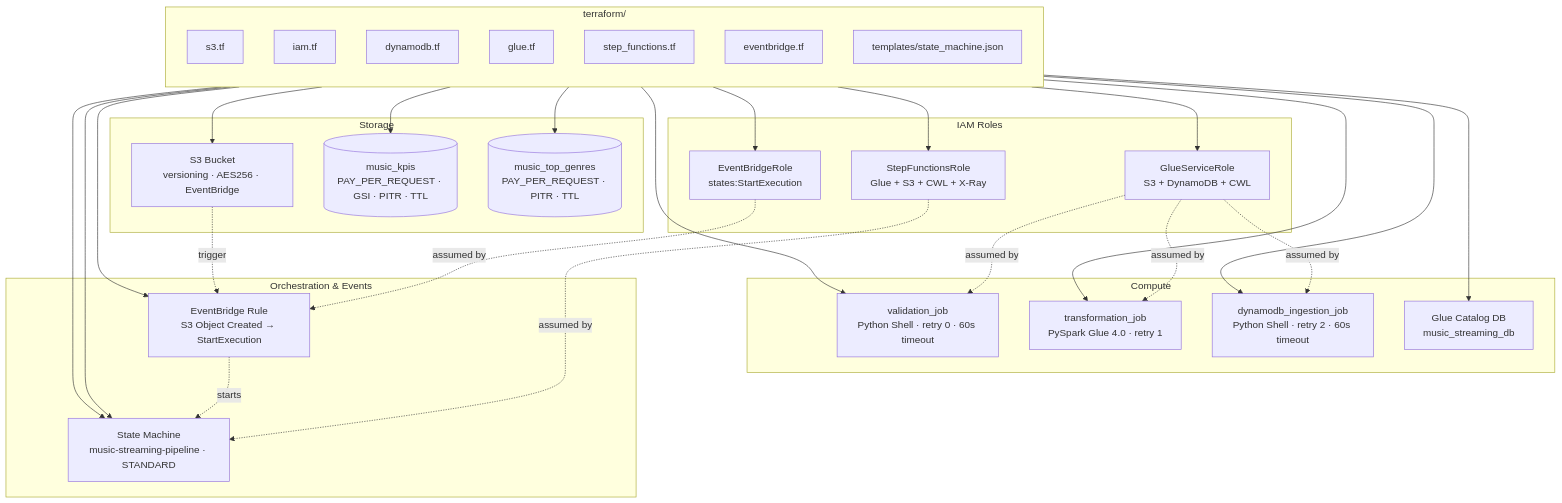
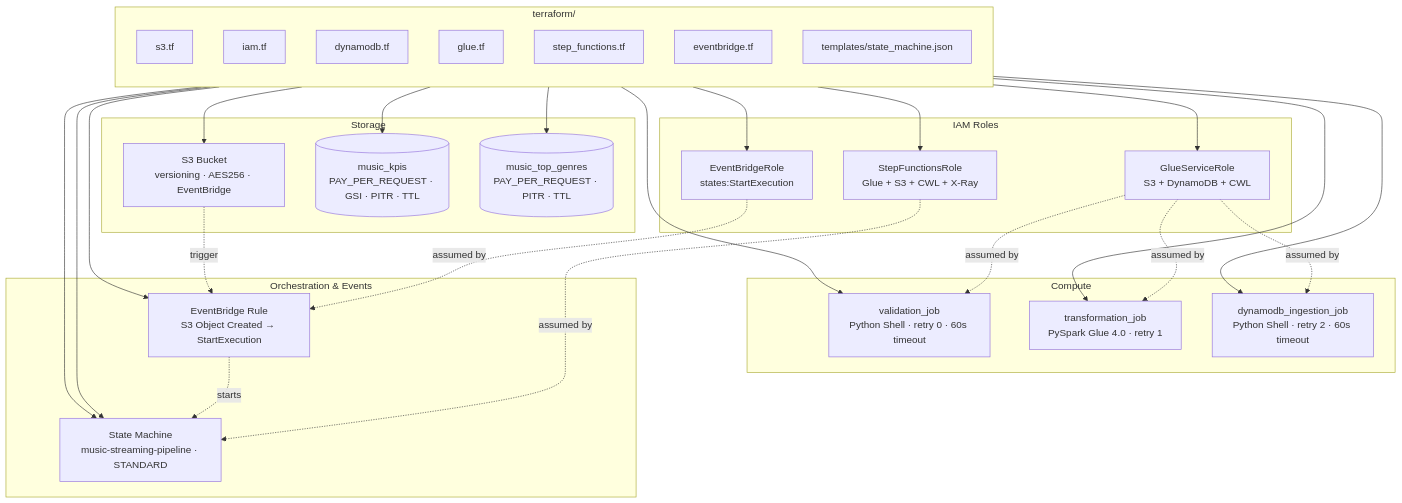
Before and after one commit to ResearcherErnest/ETL-with-S3-DynamoDB-and-Glue-project1: the third of 4 diagrams in README.md, drawn with Mermaid. The commit also changed other lines of this file and 1 other file, not shown here.

Commit message:
refactor(glue): remove unused Glue catalog database
- Remove music_streaming_db catalog database resource from glue.tf
- No crawlers populate it and all Glue jobs read directly from S3 via spark.read
- Drop the catalog DB node and edge from the README Mermaid infrastructure diagram
- Update folder-tree description of glue.tf to match

````diff
--- a/README.md
+++ b/README.md
@@ -104,59 +104,57 @@
 ```mermaid
 graph TD
     subgraph IaC["terraform/"]
         direction TB
         S3TF["s3.tf"]
         IAMTF["iam.tf"]
         DDBTF["dynamodb.tf"]
         GLUETF["glue.tf"]
         SFTF["step_functions.tf"]
         EBTF["eventbridge.tf"]
         TMPL["templates/state_machine.json"]
     end
 
     subgraph Storage["Storage"]
         BUCKET["S3 Bucket\nversioning · AES256 · EventBridge"]
         MKPI[("music_kpis\nPAY_PER_REQUEST · GSI · PITR · TTL")]
         MTOP[("music_top_genres\nPAY_PER_REQUEST · PITR · TTL")]
     end
 
     subgraph Compute["Compute"]
         GVAL["validation_job\nPython Shell · retry 0 · 60s timeout"]
         GTFM["transformation_job\nPySpark Glue 4.0 · retry 1"]
         GING["dynamodb_ingestion_job\nPython Shell · retry 2 · 60s timeout"]
-        CDB["Glue Catalog DB\nmusic_streaming_db"]
     end
 
     subgraph Orchestration["Orchestration & Events"]
         SM["State Machine\nmusic-streaming-pipeline · STANDARD"]
         RULE["EventBridge Rule\nS3 Object Created → StartExecution"]
     end
 
     subgraph IAMRoles["IAM Roles"]
         GLUER["GlueServiceRole\nS3 + DynamoDB + CWL"]
         SFR["StepFunctionsRole\nGlue + S3 + CWL + X-Ray"]
         EBR["EventBridgeRole\nstates:StartExecution"]
     end
 
     S3TF --> BUCKET
     DDBTF --> MKPI
     DDBTF --> MTOP
     GLUETF --> GVAL
     GLUETF --> GTFM
     GLUETF --> GING
-    GLUETF --> CDB
     SFTF --> SM
     TMPL --> SM
     EBTF --> RULE
     IAMTF --> GLUER
     IAMTF --> SFR
     IAMTF --> EBR
 
     GLUER -.->|"assumed by"| GVAL
     GLUER -.->|"assumed by"| GTFM
     GLUER -.->|"assumed by"| GING
     SFR -.->|"assumed by"| SM
     EBR -.->|"assumed by"| RULE
     BUCKET -.->|"trigger"| RULE
     RULE -.->|"starts"| SM
 ```
````
